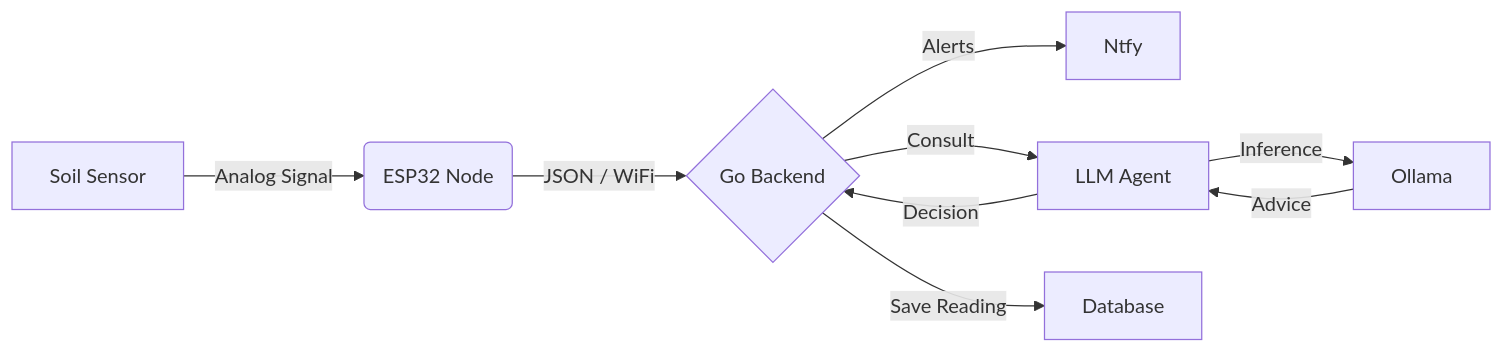
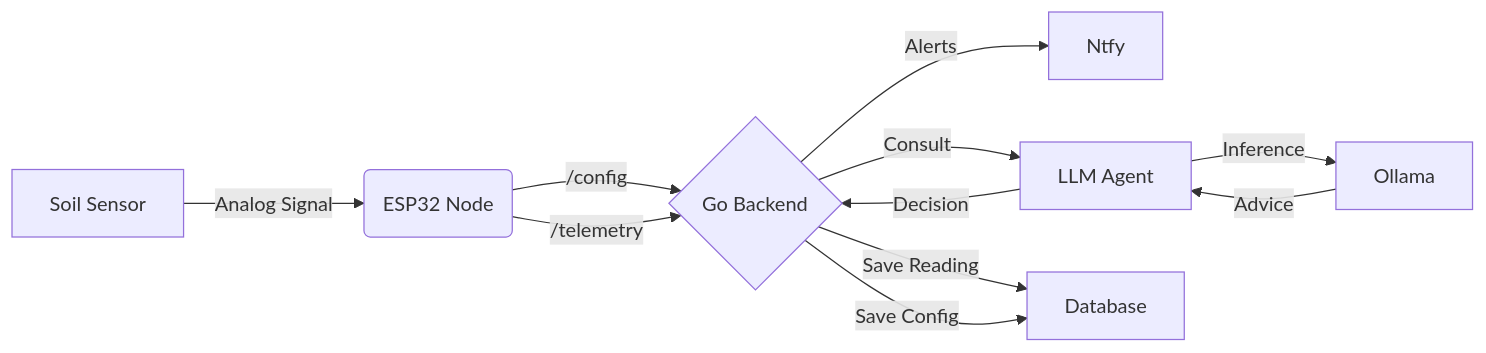
Before and after one commit to nick-moyer/seed-sentinel: the diagram in README.md, drawn with Mermaid. The commit also changed 4 other files, not shown here.

````diff
--- a/README.md
+++ b/README.md
@@ -21,11 +21,13 @@
 ```mermaid
 graph LR
     A[Soil Sensor] -->|Analog Signal| B(ESP32 Node)
-    B -->|JSON / WiFi| C{Go Backend}
+    B -->|/config| C{Go Backend}
+    B -->|/telemetry| C{Go Backend}
     C -->|Alerts| D[Ntfy]
     C -->|Consult| E[LLM Agent]
     C -->|Save Reading| G[Database]
+    C -->|Save Config| G[Database]
     E -->|Inference| F[Ollama]
     F -->|Advice| E
     E -->|Decision| C
 ```
````
